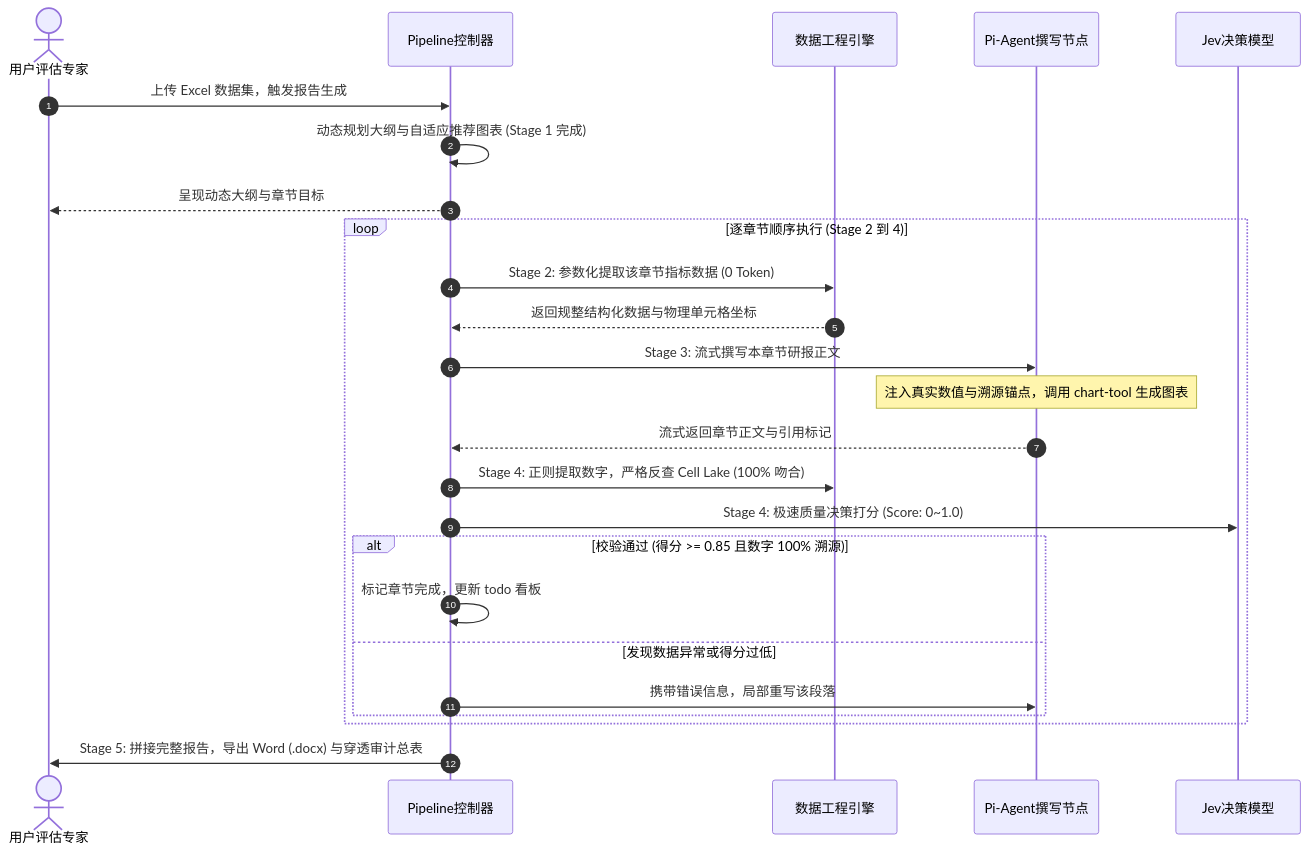
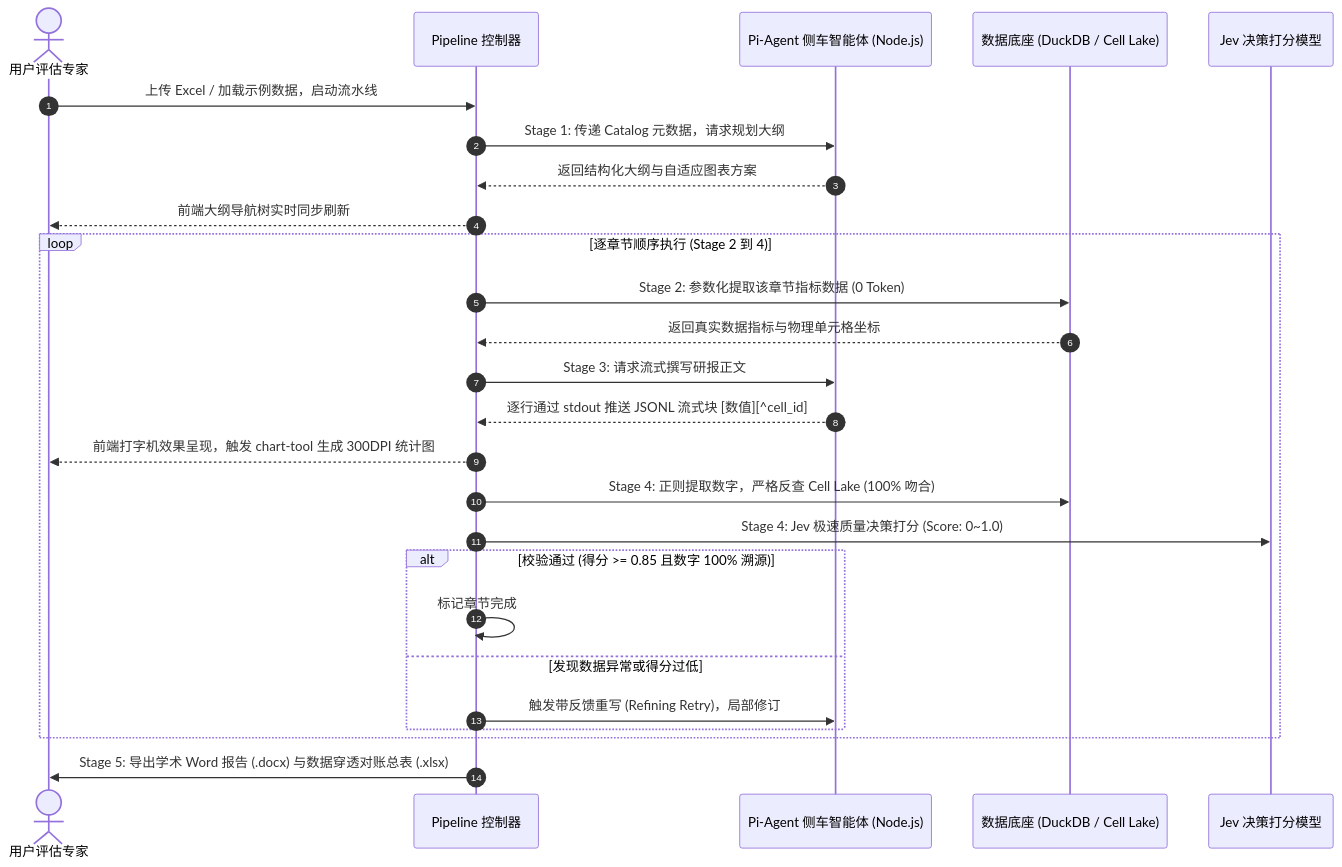
The diagram in excel_report_agent_system_architecture.md (yvemiz/excel_report_version2), drawn with Mermaid before and after one commit. The commit also changed other lines of this file and 30 other files, not shown here.

````diff
--- a/excel_report_agent_system_architecture.md
+++ b/excel_report_agent_system_architecture.md
@@ -146,33 +89,34 @@
 ```mermaid
 sequenceDiagram
     autonumber
     actor User as 用户评估专家
-    participant Pipe as Pipeline控制器
-    participant Data as 数据工程引擎
-    participant Pi as Pi-Agent撰写节点
-    participant Jev as Jev决策模型
+    participant Pipe as Pipeline 控制器
+    participant Pi as Pi-Agent 侧车智能体 (Node.js)
+    participant Data as 数据底座 (DuckDB / Cell Lake)
+    participant Jev as Jev 决策打分模型
 
-    User->>Pipe: 上传 Excel 数据集，触发报告生成
-    Pipe->>Pipe: 动态规划大纲与自适应推荐图表 (Stage 1 完成)
-    Pipe-->>User: 呈现动态大纲与章节目标
+    User->>Pipe: 上传 Excel / 加载示例数据，启动流水线
+    Pipe->>Pi: Stage 1: 传递 Catalog 元数据，请求规划大纲
+    Pi-->>Pipe: 返回结构化大纲与自适应图表方案
+    Pipe-->>User: 前端大纲导航树实时同步刷新
 
     loop 逐章节顺序执行 (Stage 2 到 4)
         Pipe->>Data: Stage 2: 参数化提取该章节指标数据 (0 Token)
-        Data-->>Pipe: 返回规整结构化数据与物理单元格坐标
+        Data-->>Pipe: 返回真实数据指标与物理单元格坐标
         
-        Pipe->>Pi: Stage 3: 流式撰写本章节研报正文
-        Note over Pi: 注入真实数值与溯源锚点，调用 chart-tool 生成图表
-        Pi-->>Pipe: 流式返回章节正文与引用标记
+        Pipe->>Pi: Stage 3: 请求流式撰写研报正文
+        Pi-->>Pipe: 逐行通过 stdout 推送 JSONL 流式块 [数值][^cell_id]
+        Pipe-->>User: 前端打字机效果呈现，触发 chart-tool 生成 300DPI 统计图
         
         Pipe->>Data: Stage 4: 正则提取数字，严格反查 Cell Lake (100% 吻合)
-        Pipe->>Jev: Stage 4: 极速质量决策打分 (Score: 0~1.0)
+        Pipe->>Jev: Stage 4: Jev 极速质量决策打分 (Score: 0~1.0)
         
         alt 校验通过 (得分 >= 0.85 且数字 100% 溯源)
-            Pipe->>Pipe: 标记章节完成，更新 todo 看板
+            Pipe->>Pipe: 标记章节完成
         else 发现数据异常或得分过低
-            Pipe->>Pi: 携带错误信息，局部重写该段落
+            Pipe->>Pi: 触发带反馈重写 (Refining Retry)，局部修订
         end
     end
 
-    Pipe->>User: Stage 5: 拼接完整报告，导出 Word (.docx) 与穿透审计总表
+    Pipe->>User: Stage 5: 导出学术 Word 报告 (.docx) 与数据穿透对账总表 (.xlsx)
 ```
````
